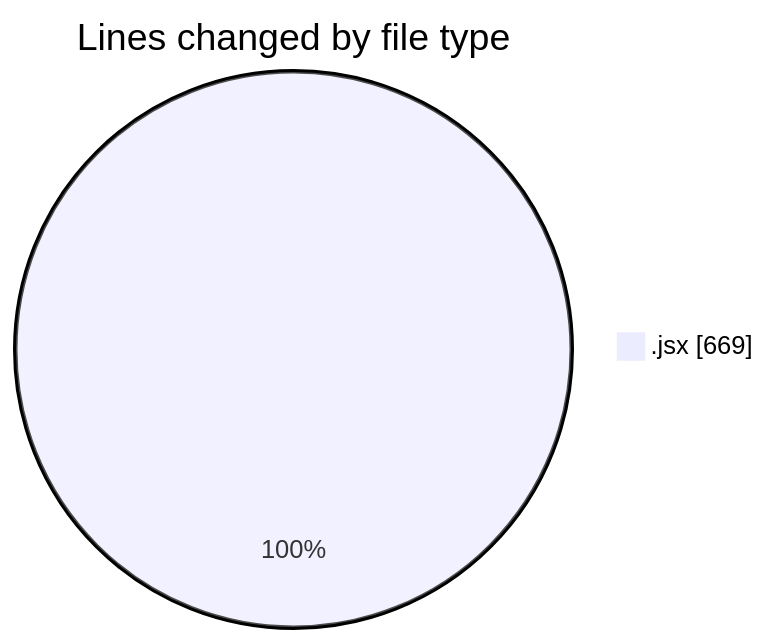
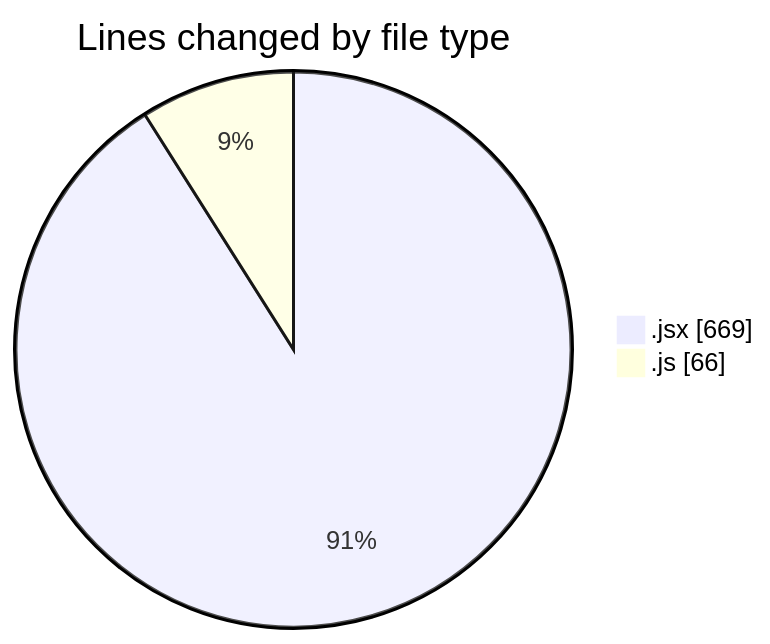
The first of 2 diagrams in 2025-08-18/nxtqube_webapp/README.md (nxtqubesakshisongat/code-tracking), drawn with Mermaid before and after one commit. The commit also changed other lines of this file and 1 other file, not shown here.

````diff
--- a/2025-08-18/nxtqube_webapp/README.md
+++ b/2025-08-18/nxtqube_webapp/README.md
@@ -20,5 +21,6 @@
 ```mermaid
 pie showData
 title Lines changed by file type
 ".jsx" : 669
+".js" : 66
 ```
````
